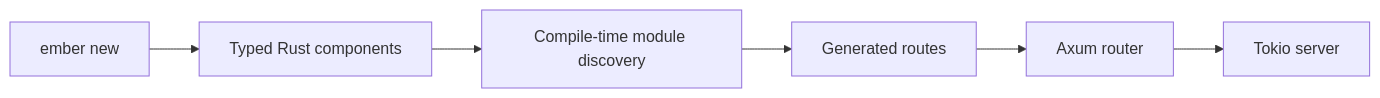
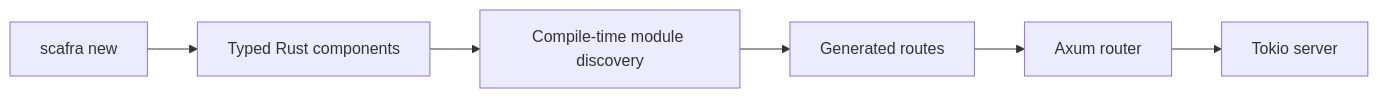
One commit to Ember-rs/ember changed the diagram in docs/README.md. Above: the diagram before and after it, drawn with Mermaid. The commit also changed other lines of this file and 262 other files, not shown here.

````diff
--- a/docs/README.md
+++ b/docs/README.md
@@ -28,8 +28,8 @@
 ```mermaid
 flowchart LR
-    A[ember new] --> B[Typed Rust components]
+    A[scafra new] --> B[Typed Rust components]
     B --> C[Compile-time module discovery]
     C --> D[Generated routes]
     D --> E[Axum router]
     E --> F[Tokio server]
 ```
````
